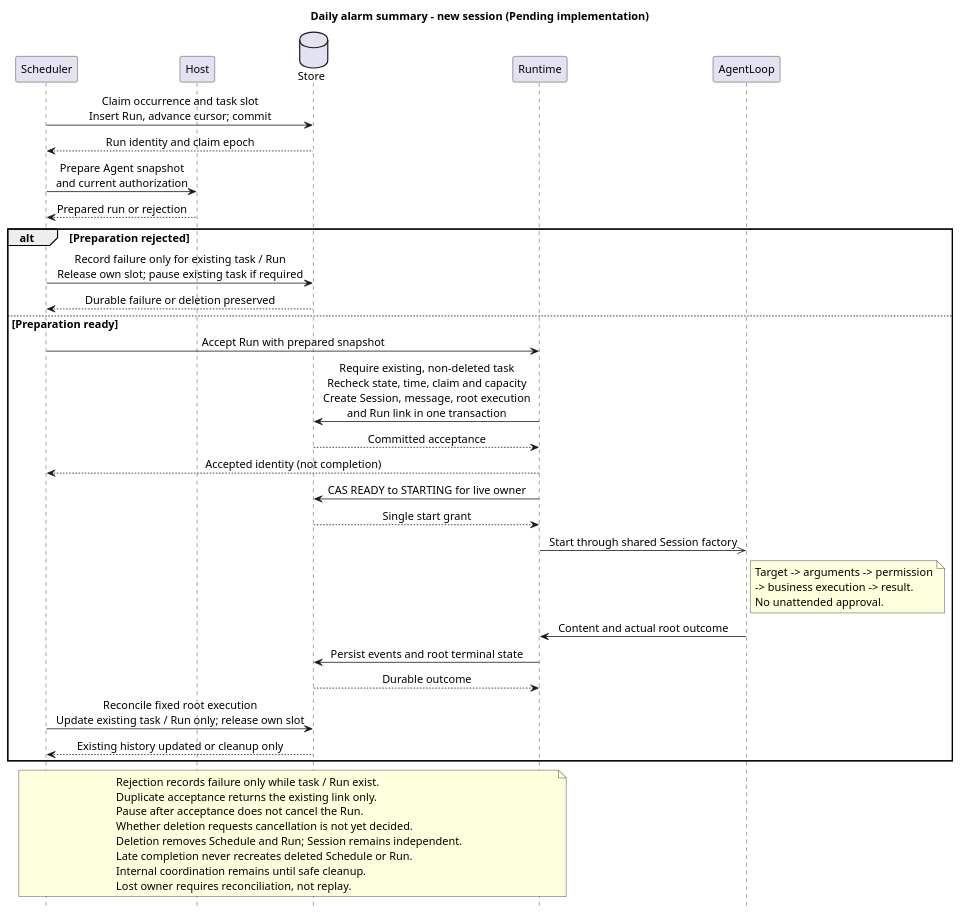
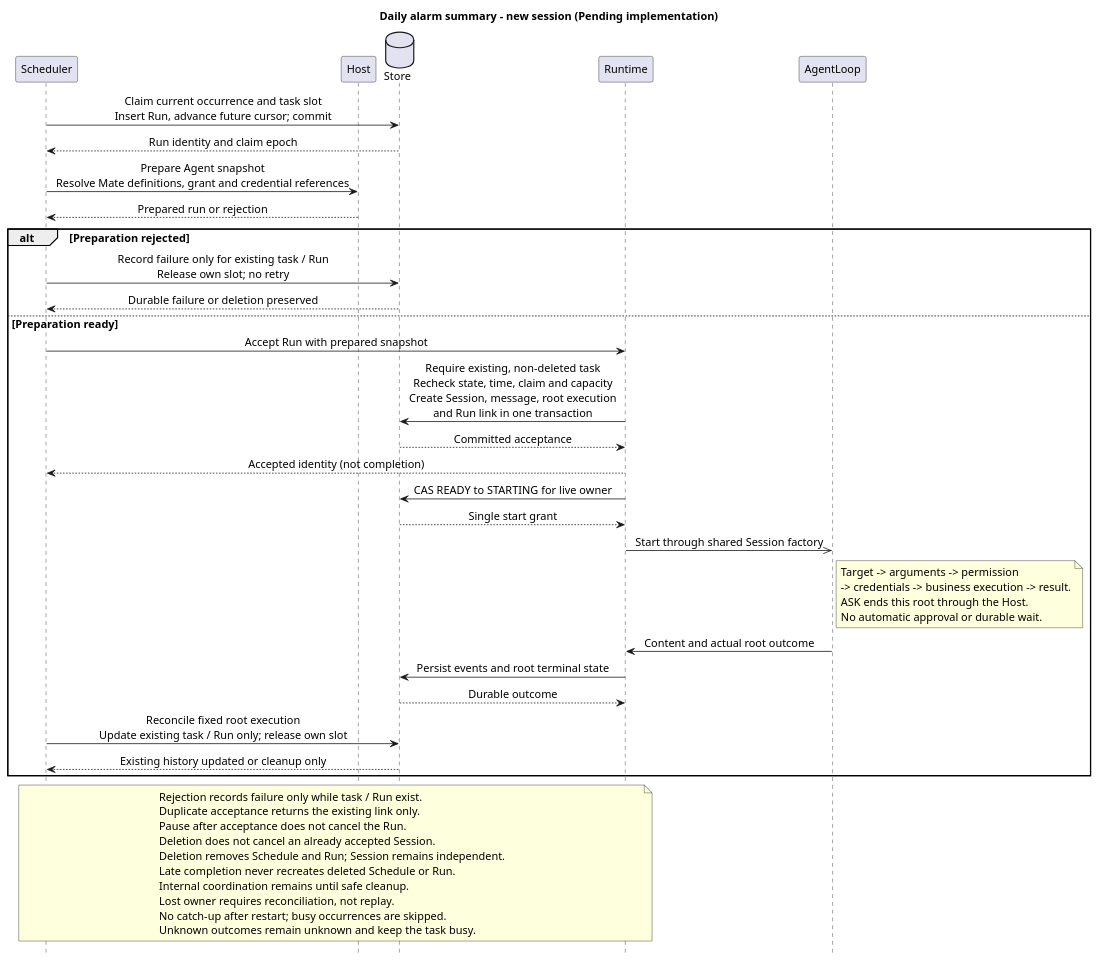
The first of 4 diagrams in 01-总体架构/08-CampusClaw定时任务/diagram.puml (ssm0808/pi-mono-java-design), drawn with PlantUML before and after one commit. The commit also changed other lines of this file and 15 other files, not shown here.

Commit message:
docs(schedule): define noninteractive execution and Mate credentials

```diff
--- a/01-总体架构/08-CampusClaw定时任务/diagram.puml
+++ b/01-总体架构/08-CampusClaw定时任务/diagram.puml
@@ -1,55 +1,60 @@
 @startuml scheduled_run_sequence
 ' Baseline: Claude scheduled-deployments, checked 2026-09-29, Beta.
 ' Source: modules/cron/src/main/java/com/campusclaw/cron/engine/CronEngine.java executeAndReschedule.
 ' Source: modules/coding-agent-cli/src/main/java/com/campusclaw/codingagent/runtimeapi/persistence/RuntimeExecutionPersistenceService.java acceptMessage.
 ' Source: modules/coding-agent-cli/src/main/java/com/campusclaw/codingagent/runtimeapi/event/RuntimeEventOutput.java persistenceOnly.
 ' Java baseline: 553dcd5e2ff682f9684810a043b442b37a02e54a.
 ' Design reason: durable occurrence and atomic acceptance, guarded against deletion, precede external work.
 ' Architecture change: scheduled acceptance and persistent Cron sessions are Pending implementation.
+' Product constraints: no catch-up, skip when busy, no replay after failure or lost ownership.
+' Product constraints: Mate supplies trusted definitions and credentials; no interactive scheduled work.
 title Daily alarm summary - new session (Pending implementation)
 hide footbox
 skinparam backgroundColor white
 skinparam defaultFontSize 14
 skinparam sequenceMessageAlign center
 participant Scheduler
 participant Host
 database Store
 participant Runtime
 participant AgentLoop
-Scheduler -> Store : Claim occurrence and task slot\nInsert Run, advance cursor; commit
+Scheduler -> Store : Claim current occurrence and task slot\nInsert Run, advance future cursor; commit
 Store --> Scheduler : Run identity and claim epoch
-Scheduler -> Host : Prepare Agent snapshot\nand current authorization
+Scheduler -> Host : Prepare Agent snapshot\nResolve Mate definitions, grant and credential references
 Host --> Scheduler : Prepared run or rejection
 alt Preparation rejected
-  Scheduler -> Store : Record failure only for existing task / Run\nRelease own slot; pause existing task if required
+  Scheduler -> Store : Record failure only for existing task / Run\nRelease own slot; no retry
   Store --> Scheduler : Durable failure or deletion preserved
 else Preparation ready
   Scheduler -> Runtime : Accept Run with prepared snapshot
   Runtime -> Store : Require existing, non-deleted task\nRecheck state, time, claim and capacity\nCreate Session, message, root execution\nand Run link in one transaction
   Store --> Runtime : Committed acceptance
   Runtime --> Scheduler : Accepted identity (not completion)
   Runtime -> Store : CAS READY to STARTING for live owner
   Store --> Runtime : Single start grant
   Runtime ->> AgentLoop : Start through shared Session factory
   note right of AgentLoop
     Target -> arguments -> permission
-    -> business execution -> result.
-    No unattended approval.
+    -> credentials -> business execution -> result.
+    ASK ends this root through the Host.
+    No automatic approval or durable wait.
   end note
   AgentLoop -> Runtime : Content and actual root outcome
   Runtime -> Store : Persist events and root terminal state
   Store --> Runtime : Durable outcome
   Scheduler -> Store : Reconcile fixed root execution\nUpdate existing task / Run only; release own slot
   Store --> Scheduler : Existing history updated or cleanup only
 end
 note over Scheduler, Runtime
   Rejection records failure only while task / Run exist.
   Duplicate acceptance returns the existing link only.
   Pause after acceptance does not cancel the Run.
-  Whether deletion requests cancellation is not yet decided.
+  Deletion does not cancel an already accepted Session.
   Deletion removes Schedule and Run; Session remains independent.
   Late completion never recreates deleted Schedule or Run.
   Internal coordination remains until safe cleanup.
   Lost owner requires reconciliation, not replay.
+  No catch-up after restart; busy occurrences are skipped.
+  Unknown outcomes remain unknown and keep the task busy.
 end note
 @enduml
```
